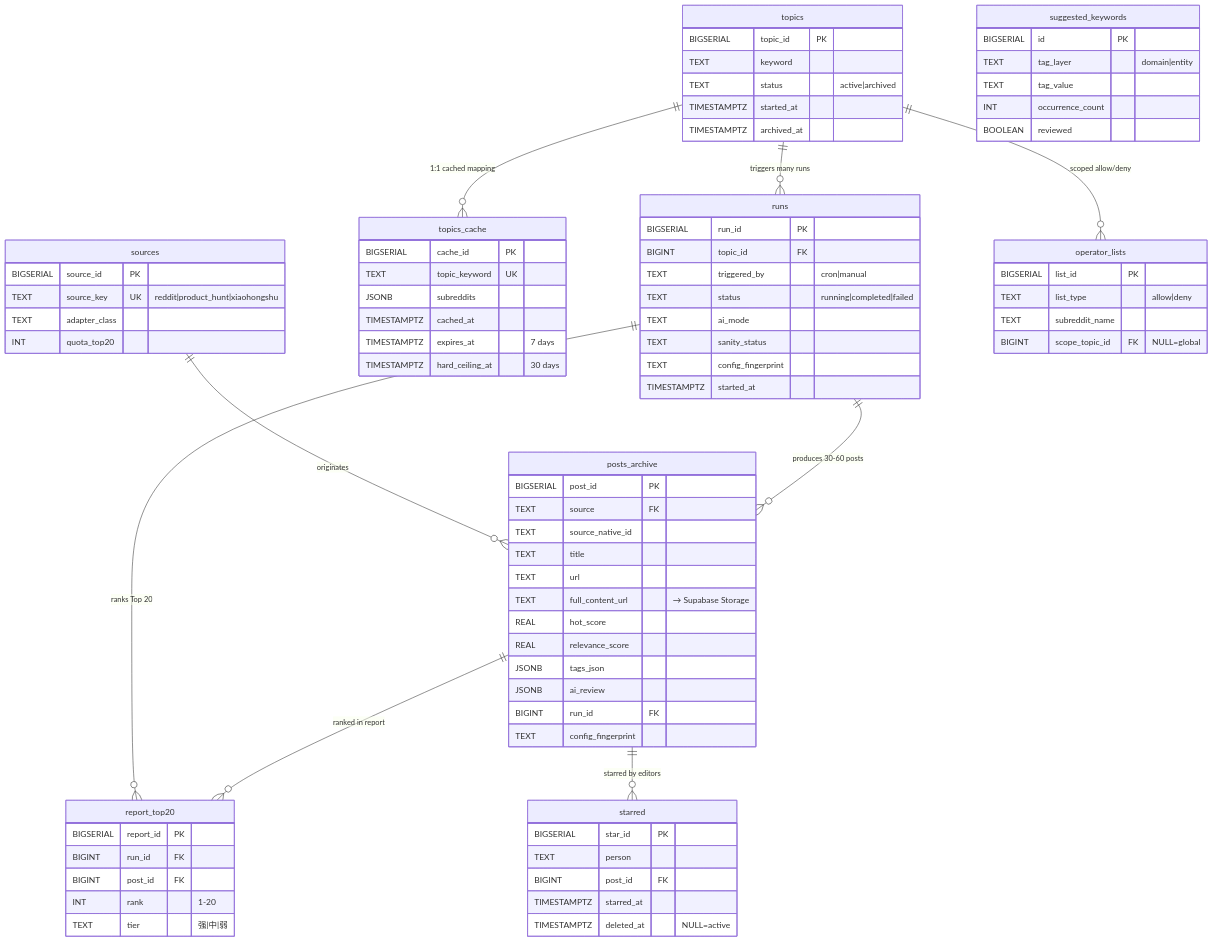
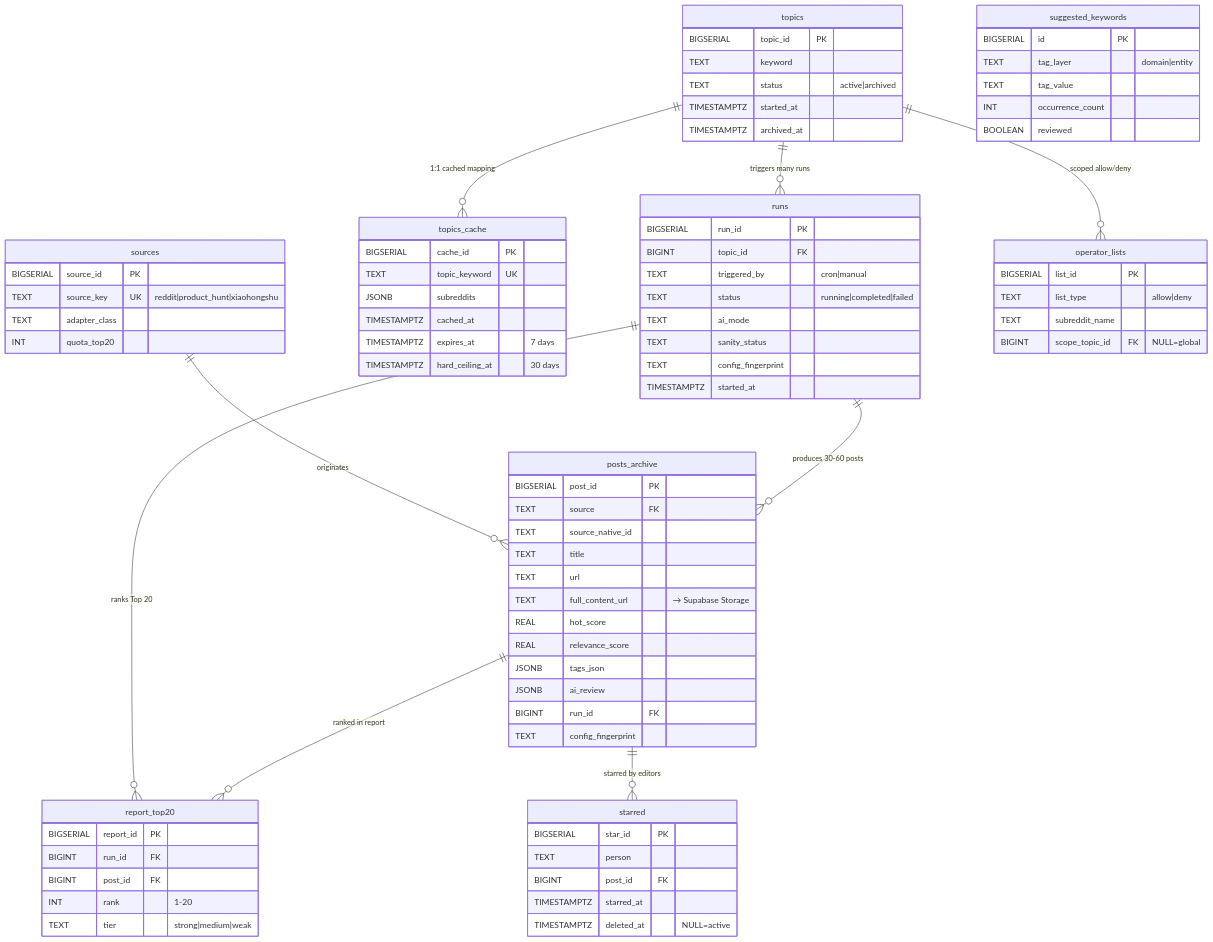
Before and after one commit to annayang293-bot/red-red: the diagram in docs/schema.md, drawn with Mermaid. The commit also changed other lines of this file and 54 other files, not shown here.

```diff
--- a/docs/schema.md
+++ b/docs/schema.md
@@ -86,7 +86,7 @@
         BIGINT run_id FK
         BIGINT post_id FK
         INT rank "1-20"
-        TEXT tier "强|中|弱"
+        TEXT tier "strong|medium|weak"
     }
 
     sources {
```
